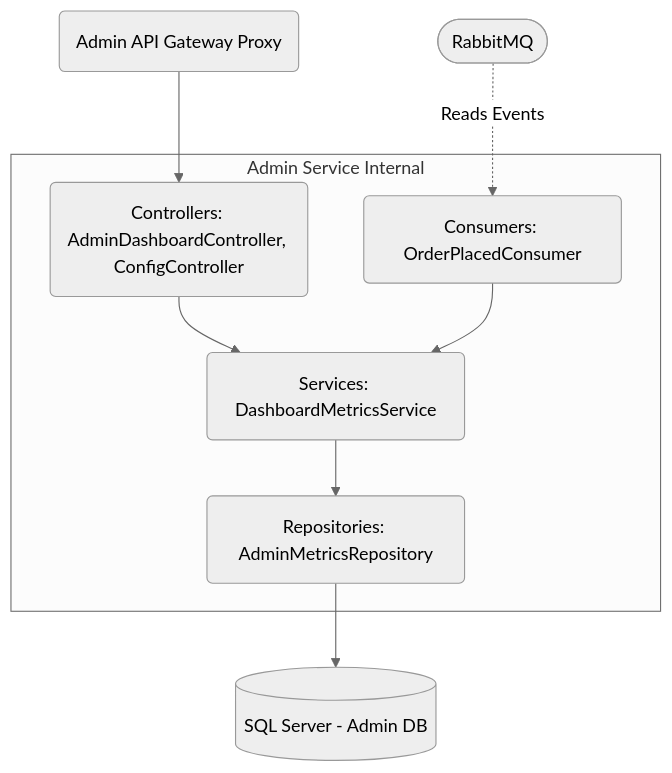
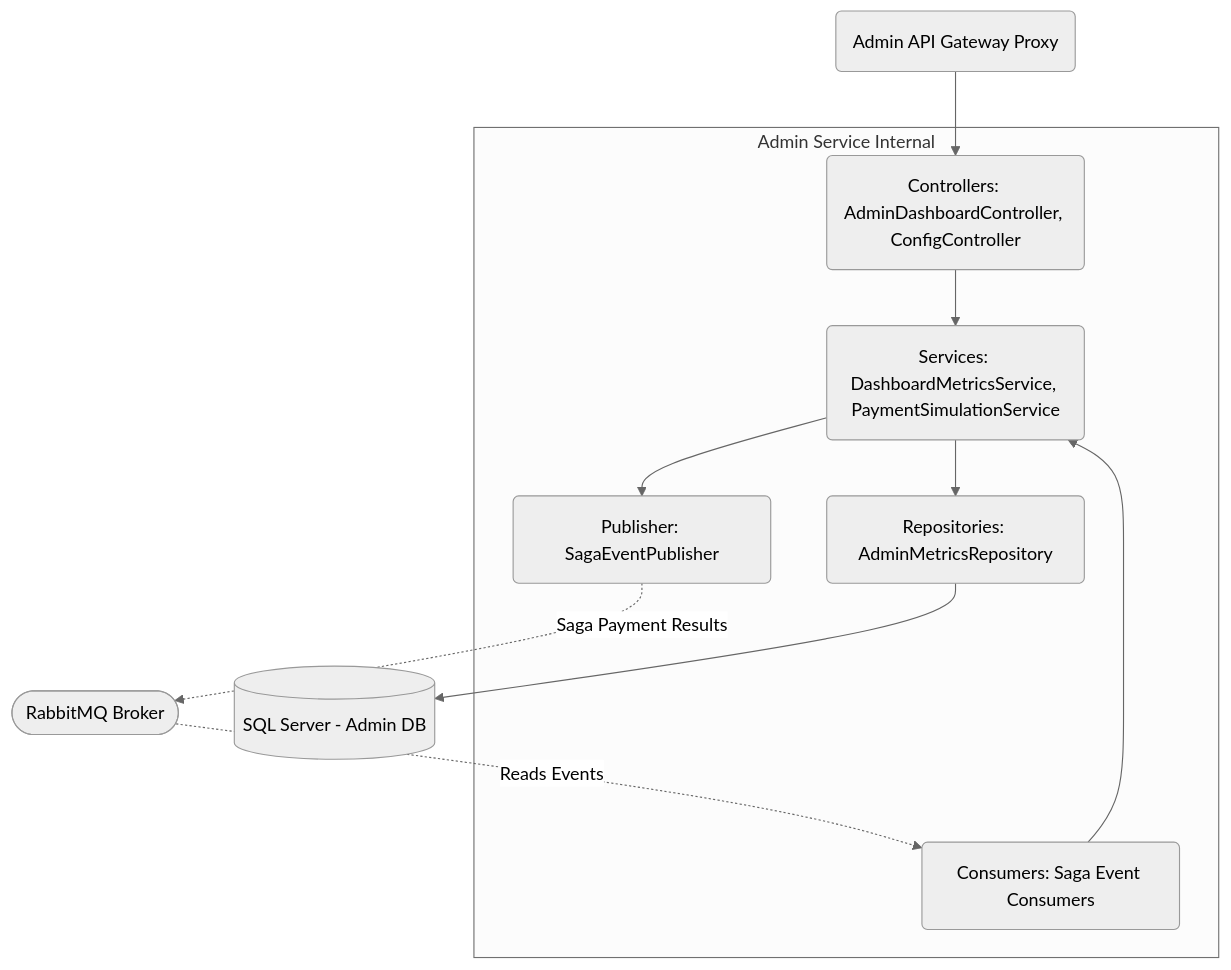
One commit to Kundan12218014/FastTrack-CapShop changed diagram 16 of 16 in CapShop/docs/SystemArchitecture.md. Above: the diagram before and after it, drawn with Mermaid (neutral theme). The commit also changed other lines of this file and 95 other files, not shown here.

````diff
--- a/CapShop/docs/SystemArchitecture.md
+++ b/CapShop/docs/SystemArchitecture.md
@@ -549,19 +574,22 @@
 ```mermaid
 flowchart TD
     API(Admin API Gateway Proxy)
-    
+
     subgraph AdminService[Admin Service Internal]
         C(Controllers: AdminDashboardController, ConfigController)
-        Cons(Consumers: OrderPlacedConsumer)
-        S(Services: DashboardMetricsService)
+        Cons(Consumers: Saga Event Consumers)
+        S(Services: DashboardMetricsService, PaymentSimulationService)
         R(Repositories: AdminMetricsRepository)
-        
+        P(Publisher: SagaEventPublisher)
+
         C --> S
         Cons --> S
         S --> R
+        S --> P
     end
-    
+
     API --> C
     R --> DB[(SQL Server - Admin DB)]
-    MQ([RabbitMQ]) -.->|Reads Events| Cons
+    MQ([RabbitMQ Broker]) -.->|Reads Events| Cons
+    P -.->|Saga Payment Results| MQ
 ```
````
